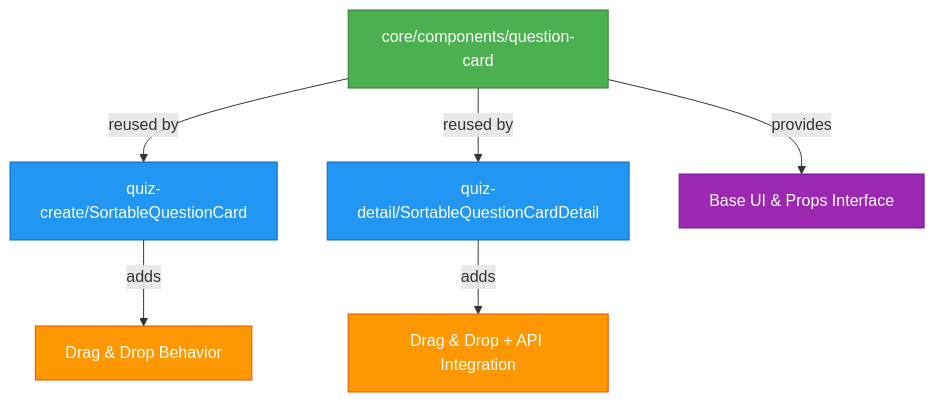
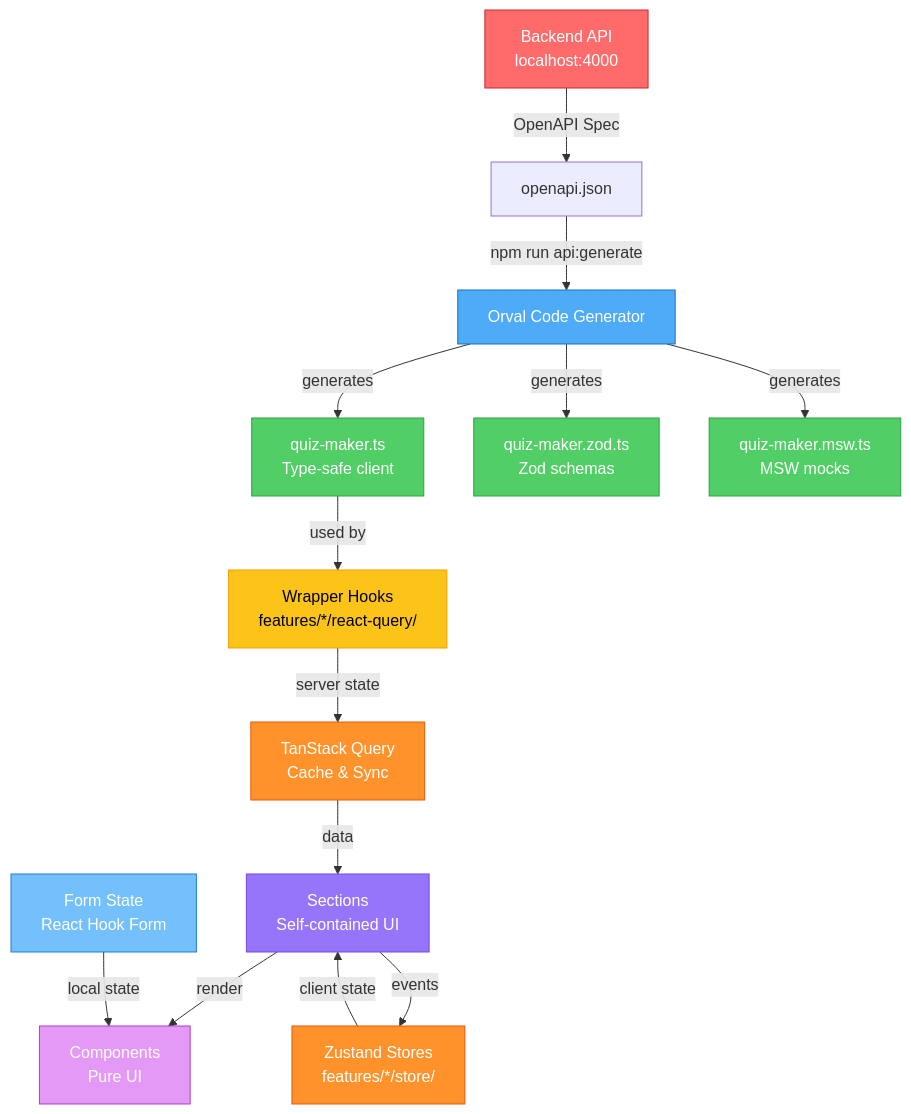
The diagram in README.md (milyasbpa/bookipi-fe-test), drawn with Mermaid before and after one commit. The commit also changed other lines of this file, not shown here.

Commit message:
fix: flow pattern

````diff
--- a/README.md
+++ b/README.md
@@ -476,15 +476,31 @@
 ```mermaid
-graph TD
-    A[core/components/question-card] -->|reused by| B[quiz-create/SortableQuestionCard]
-    A -->|reused by| C[quiz-detail/SortableQuestionCardDetail]
-    B -->|adds| D[Drag & Drop Behavior]
-    C -->|adds| E[Drag & Drop + API Integration]
-    A -->|provides| F[Base UI & Props Interface]
+graph TB
+    A[Backend API<br/>localhost:4000] -->|OpenAPI Spec| B[openapi.json]
+    B -->|npm run api:generate| C[Orval Code Generator]
+    C -->|generates| D[quiz-maker.ts<br/>Type-safe client]
+    C -->|generates| E[quiz-maker.zod.ts<br/>Zod schemas]
+    C -->|generates| F[quiz-maker.msw.ts<br/>MSW mocks]
 
-    style A fill:#4CAF50,stroke:#2E7D32,color:#fff
-    style B fill:#2196F3,stroke:#1565C0,color:#fff
-    style C fill:#2196F3,stroke:#1565C0,color:#fff
-    style D fill:#FF9800,stroke:#E65100,color:#fff
-    style E fill:#FF9800,stroke:#E65100,color:#fff
-    style F fill:#9C27B0,stroke:#6A1B9A,color:#fff
+    D -->|used by| G[Wrapper Hooks<br/>features/*/react-query/]
+    G -->|server state| H[TanStack Query<br/>Cache & Sync]
+
+    H -->|data| I[Sections<br/>Self-contained UI]
+    I -->|render| J[Components<br/>Pure UI]
+
+    K[Zustand Stores<br/>features/*/store/] -->|client state| I
+    I -->|events| K
+
+    L[Form State<br/>React Hook Form] -->|local state| J
+
+    style A fill:#FF6B6B,stroke:#C92A2A,color:#fff
+    style C fill:#4DABF7,stroke:#1971C2,color:#fff
+    style D fill:#51CF66,stroke:#2F9E44,color:#fff
+    style E fill:#51CF66,stroke:#2F9E44,color:#fff
+    style F fill:#51CF66,stroke:#2F9E44,color:#fff
+    style G fill:#FCC419,stroke:#F59F00,color:#000
+    style H fill:#FF922B,stroke:#E8590C,color:#fff
+    style K fill:#FF922B,stroke:#E8590C,color:#fff
+    style I fill:#9775FA,stroke:#7048E8,color:#fff
+    style J fill:#E599F7,stroke:#AE3EC9,color:#fff
+    style L fill:#74C0FC,stroke:#1C7ED6,color:#fff
 ```
````
